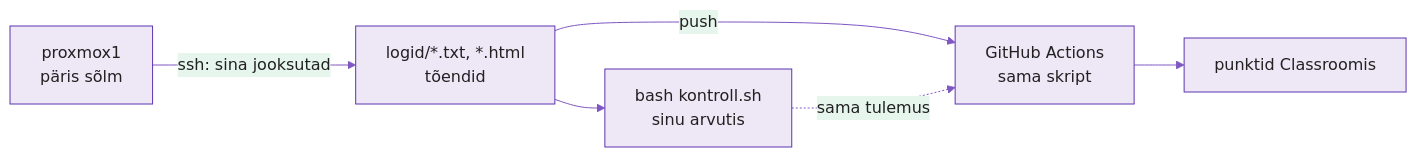
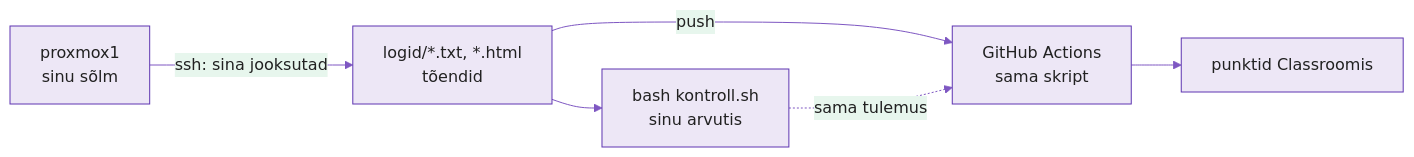
One commit to hkhk-automation/devops changed diagram 11 of 11 in docs/week04/lab.md. Above: the diagram before and after it, drawn with Mermaid. The commit also changed other lines of this file and 13 other files, not shown here.

````diff
--- a/docs/week04/lab.md
+++ b/docs/week04/lab.md
@@ -896,9 +896,9 @@
 ```mermaid
 %%{init: {'theme':'base','themeVariables':{'primaryColor':'#ede7f6','primaryBorderColor':'#5e35b1','primaryTextColor':'#212121','lineColor':'#7e57c2'}}}%%
 graph LR
-    N["proxmox1<br/>päris sõlm"] -->|"ssh: sina jooksutad"| T["logid/*.txt, *.html<br/>tõendid"]
+    N["proxmox1<br/>sinu sõlm"] -->|"ssh: sina jooksutad"| T["logid/*.txt, *.html<br/>tõendid"]
     T --> A["bash kontroll.sh<br/>sinu arvutis"]
     T -->|"push"| G["GitHub Actions<br/>sama skript"]
     A -.->|"sama tulemus"| G
     G --> S["punktid Classroomis"]
 ```
````
